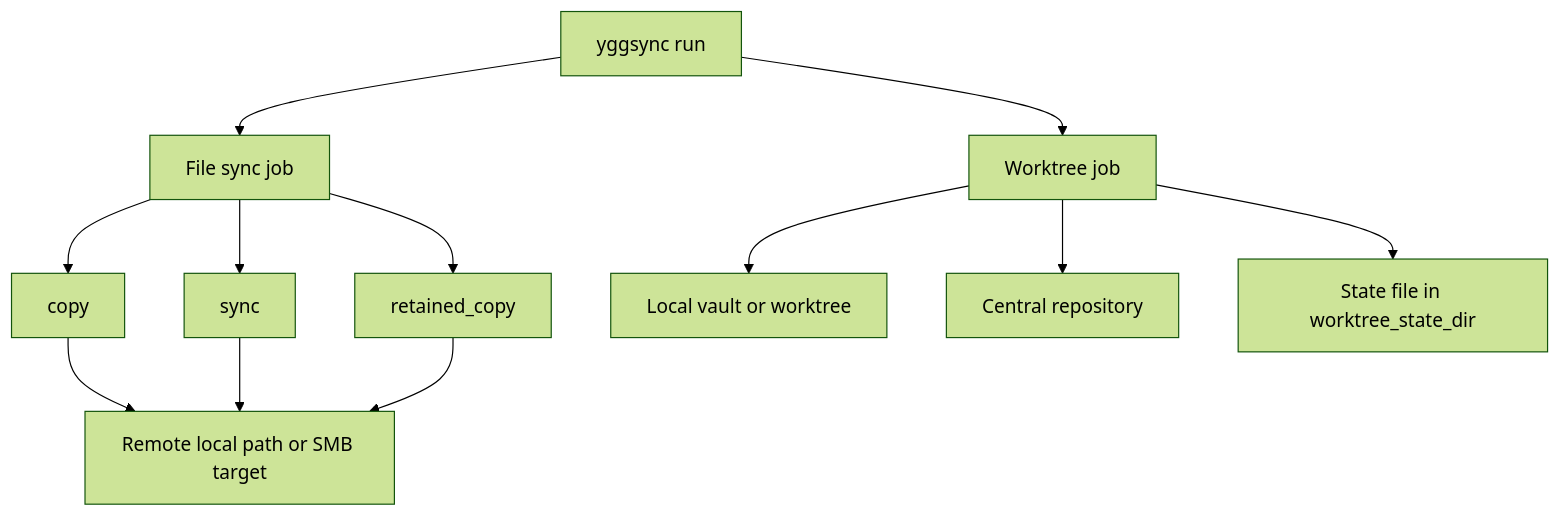
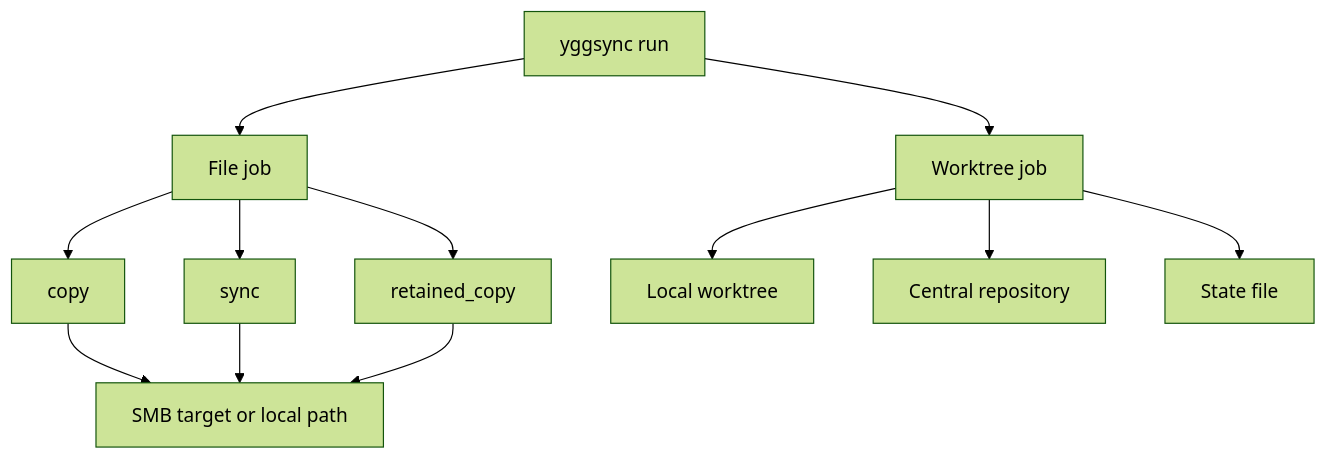
Before and after one commit to yggdrasilhq/yggsync: the first of 2 diagrams in README.md, drawn with Mermaid (forest theme). The commit also changed other lines of this file, not shown here.

````diff
--- a/README.md
+++ b/README.md
@@ -20,16 +17,14 @@
 ```mermaid
 flowchart TD
-    A[yggsync run] --> B[File sync job]
+    A[yggsync run] --> B[File job]
     A --> C[Worktree job]
-
     B --> D[copy]
     B --> E[sync]
     B --> F[retained_copy]
-    D --> G[Remote local path or SMB target]
+    D --> G[SMB target or local path]
     E --> G
     F --> G
-
-    C --> H[Local vault or worktree]
+    C --> H[Local worktree]
     C --> I[Central repository]
-    C --> J[State file in worktree_state_dir]
+    C --> J[State file]
 ```
````
